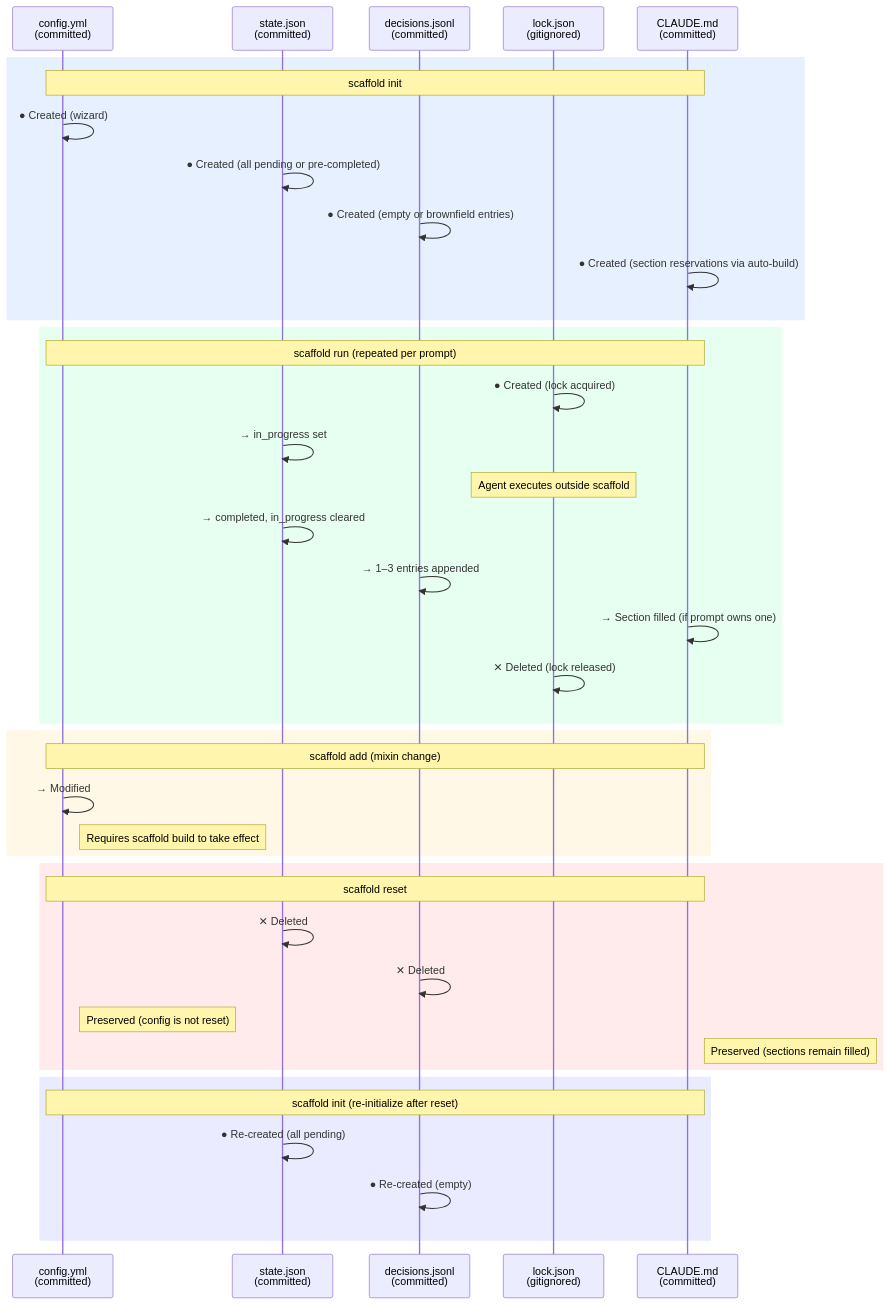
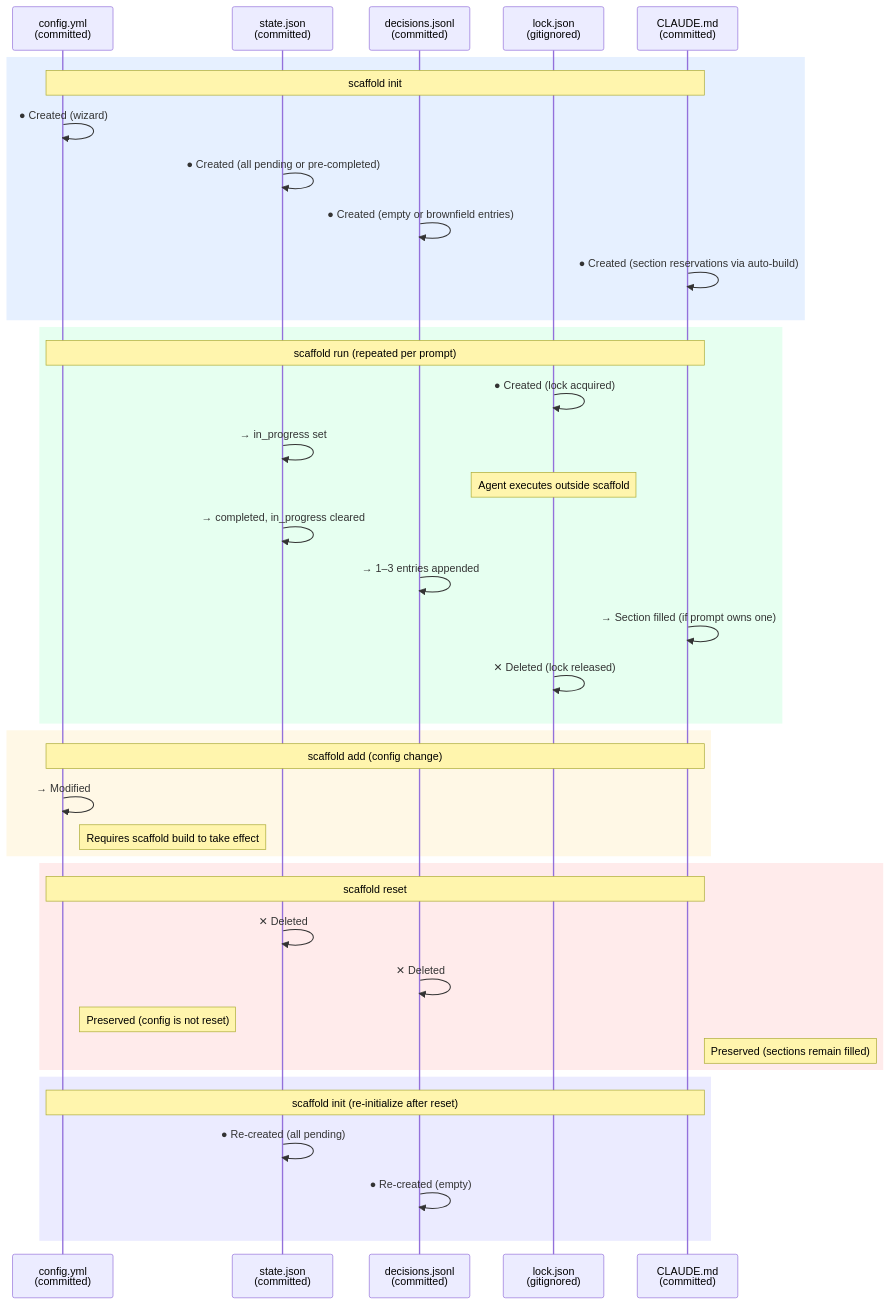
The sixth of 10 diagrams in docs/v2/architecture/system-architecture.md (zigrivers/scaffold), drawn with Mermaid before and after one commit. The commit also changed other lines of this file and 16 other files, not shown here.

````diff
--- a/docs/v2/architecture/system-architecture.md
+++ b/docs/v2/architecture/system-architecture.md
@@ -899,47 +899,47 @@
 ```mermaid
 sequenceDiagram
     participant CF as config.yml<br/>(committed)
     participant ST as state.json<br/>(committed)
     participant DJ as decisions.jsonl<br/>(committed)
     participant LK as lock.json<br/>(gitignored)
     participant CM as CLAUDE.md<br/>(committed)
 
     rect rgb(230, 240, 255)
     Note over CF,CM: scaffold init
     CF->>CF: ● Created (wizard)
     ST->>ST: ● Created (all pending or pre-completed)
     DJ->>DJ: ● Created (empty or brownfield entries)
     CM->>CM: ● Created (section reservations via auto-build)
     end
 
     rect rgb(230, 255, 240)
     Note over CF,CM: scaffold run (repeated per prompt)
     LK->>LK: ● Created (lock acquired)
     ST->>ST: → in_progress set
     Note over LK: Agent executes outside scaffold
     ST->>ST: → completed, in_progress cleared
     DJ->>DJ: → 1–3 entries appended
     CM->>CM: → Section filled (if prompt owns one)
     LK->>LK: ✕ Deleted (lock released)
     end
 
     rect rgb(255, 248, 230)
-    Note over CF,CM: scaffold add (mixin change)
+    Note over CF,CM: scaffold add (config change)
     CF->>CF: → Modified
     Note right of CF: Requires scaffold build to take effect
     end
 
     rect rgb(255, 235, 235)
     Note over CF,CM: scaffold reset
     ST->>ST: ✕ Deleted
     DJ->>DJ: ✕ Deleted
     Note right of CF: Preserved (config is not reset)
     Note right of CM: Preserved (sections remain filled)
     end
 
     rect rgb(235, 235, 255)
     Note over CF,CM: scaffold init (re-initialize after reset)
     ST->>ST: ● Re-created (all pending)
     DJ->>DJ: ● Re-created (empty)
     end
 ```
````
